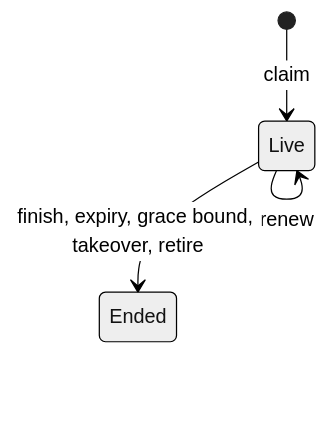
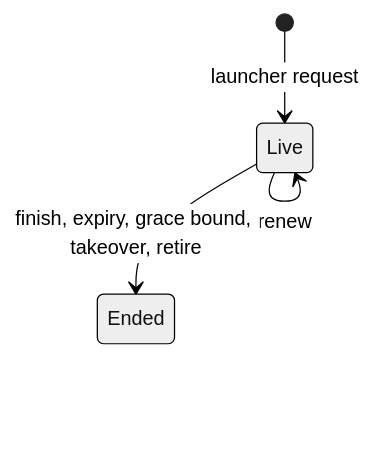
Before and after one commit to OpenDustpan/OpenDustpan: the second of 3 diagrams in openspec/changes/add-job-session-paths-runner-token-issuer/design.md, drawn with Mermaid (neutral theme). The commit also changed other lines of this file and 7 other files, not shown here.

````diff
--- a/openspec/changes/add-job-session-paths-runner-token-issuer/design.md
+++ b/openspec/changes/add-job-session-paths-runner-token-issuer/design.md
@@ -44,6 +48,6 @@
 ```mermaid
 stateDiagram-v2
-  [*] --> Live: claim
+  [*] --> Live: launcher request
   Live --> Live: renew
   Live --> Ended: finish, expiry, grace bound, takeover, retire
 ```
````
